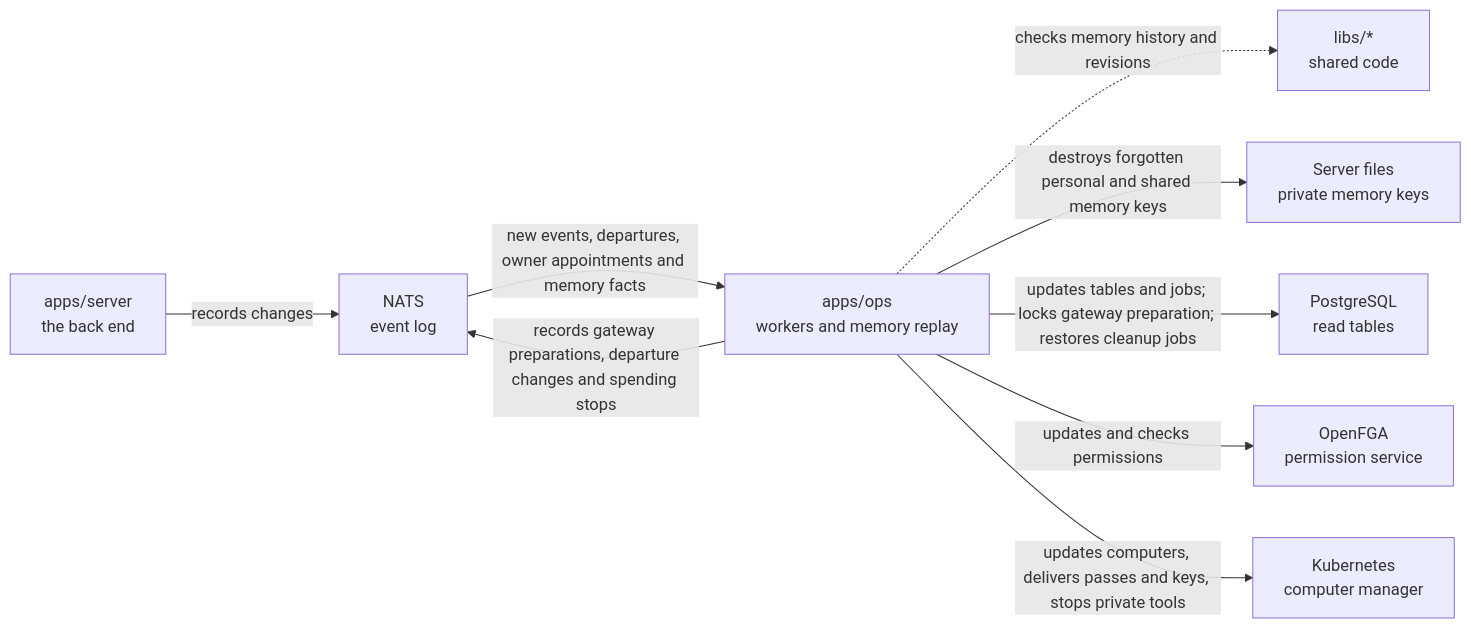
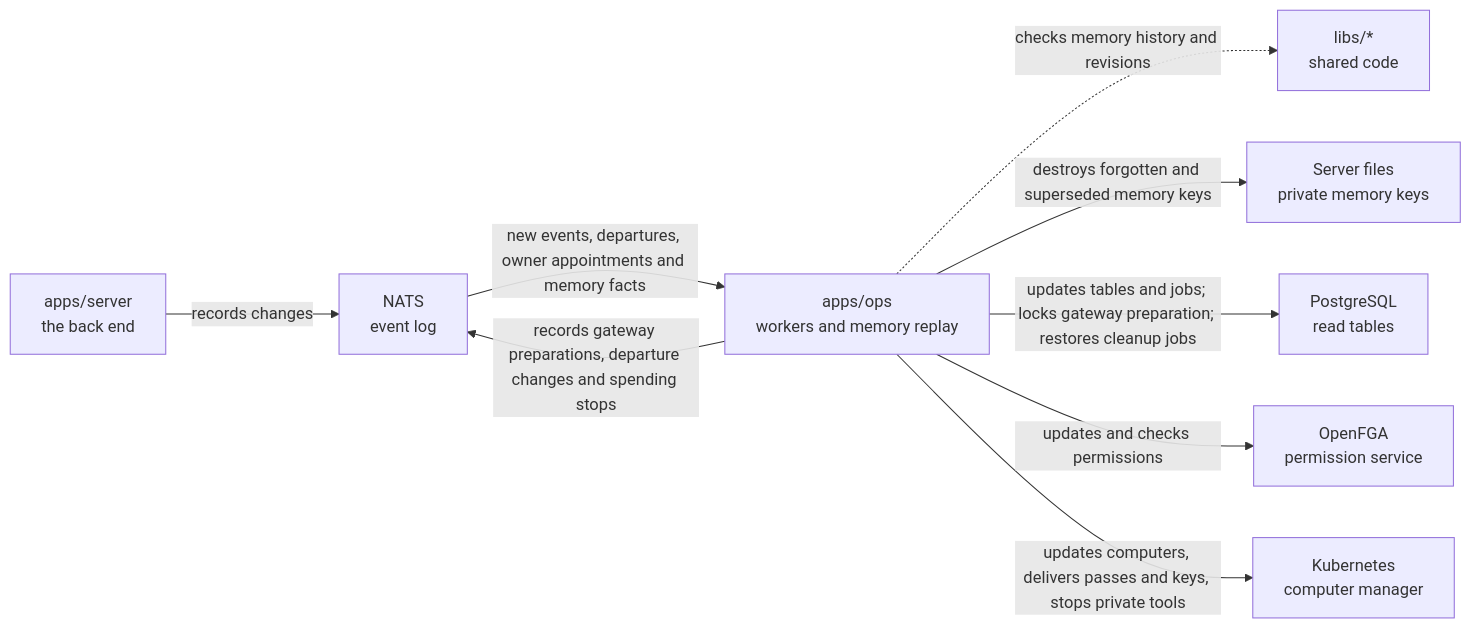
One commit to elewa-git/opencrane-new changed the diagram in apps/ops/README.md. Above: the diagram before and after it, drawn with Mermaid. The commit also changed other lines of this file and 24 other files, not shown here.

Commit message:
🧠 Replay memory corrections and clean up superseded revision keys

````diff
--- a/apps/ops/README.md
+++ b/apps/ops/README.md
@@ -11,11 +11,11 @@
 ```mermaid
 flowchart LR
   server["apps/server<br/>the back end"] -->|records changes| nats["NATS<br/>event log"]
   nats -->|new events, departures, owner appointments and memory facts| ops["apps/ops<br/>workers and memory replay"]
   ops -->|records gateway preparations, departure changes and spending stops| nats
   ops -.->|checks memory history and revisions| libs["libs/*<br/>shared code"]
-  ops -->|destroys forgotten personal and shared memory keys| keys["Server files<br/>private memory keys"]
+  ops -->|destroys forgotten and superseded memory keys| keys["Server files<br/>private memory keys"]
   ops -->|updates tables and jobs; locks gateway preparation; restores cleanup jobs| postgres["PostgreSQL<br/>read tables"]
   ops -->|updates and checks permissions| fga["OpenFGA<br/>permission service"]
   ops -->|updates computers, delivers passes and keys, stops private tools| kube["Kubernetes<br/>computer manager"]
 ```
````
